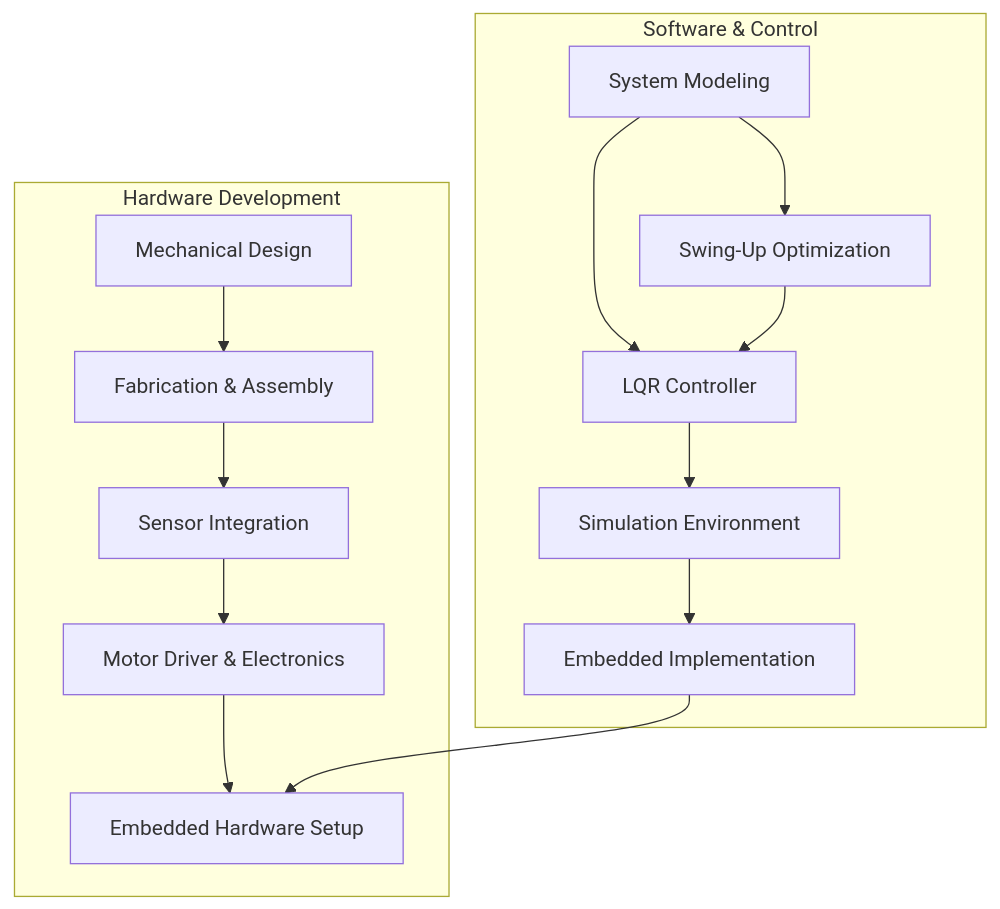
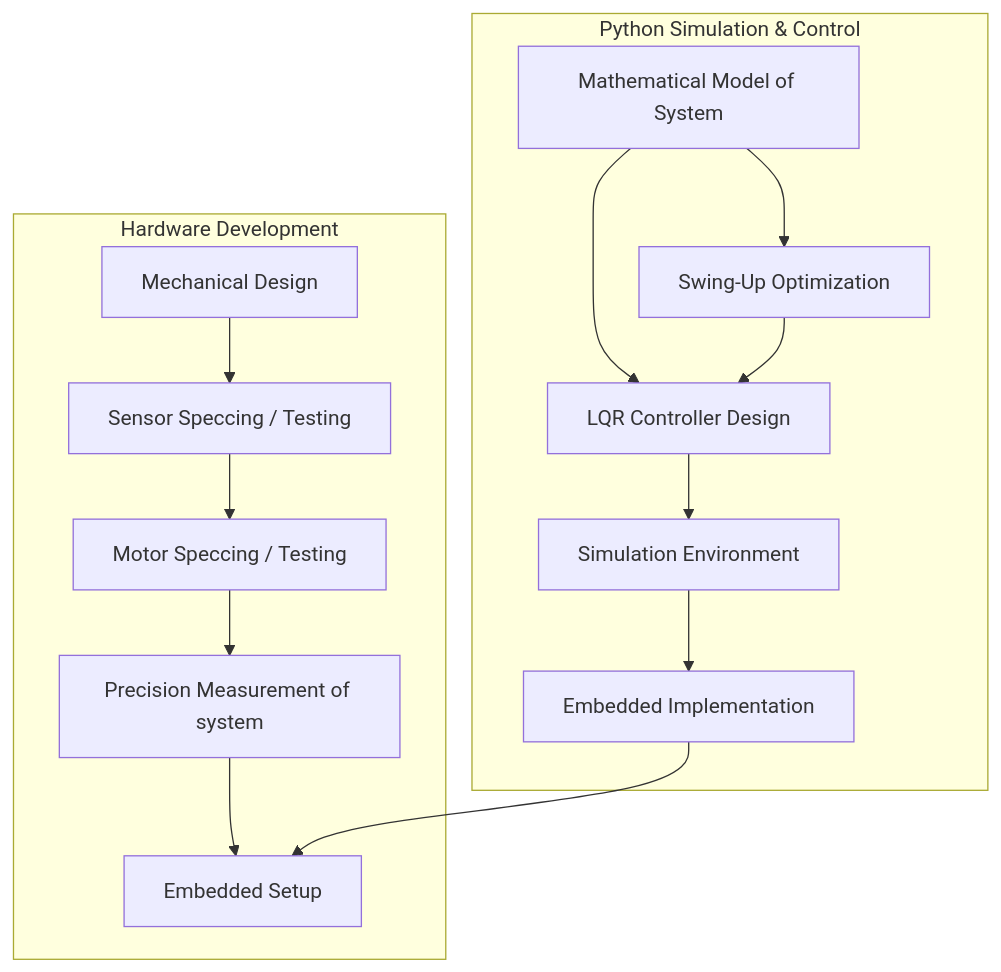
One commit to epage56/Double-Inverted-Pendulum-Cart-Control changed the diagram in README.md. Above: the diagram before and after it, drawn with Mermaid. The commit also changed other lines of this file, not shown here.

````diff
--- a/README.md
+++ b/README.md
@@ -66,34 +38,34 @@
 ```mermaid
 graph TD
-    subgraph Software & Control
-        A[System Modeling]
+    subgraph Python Simulation & Control
+        A[Mathematical Model of System]
         B[Swing-Up Optimization]
-        C[LQR Controller]
+        C[LQR Controller Design]
         D[Simulation Environment]
         E[Embedded Implementation]
     end
 
     subgraph Hardware Development
         H1[Mechanical Design]
-        H2[Fabrication & Assembly]
-        H3[Sensor Integration]
-        H4[Motor Driver & Electronics]
-        H5[Embedded Hardware Setup]
+        H2[Sensor Speccing / Testing]
+        H3[Motor Speccing / Testing]
+        H4[Precision Measurement of system]
+        H5[Embedded Setup]
     end
 
     %% Software Flow
     A --> B
     A --> C
     B --> C
     C --> D
     D --> E
 
     %% Hardware Flow
     H1 --> H2
     H2 --> H3
     H3 --> H4
     H4 --> H5
 
     %% Integration
     E --> H5
 ```
````
